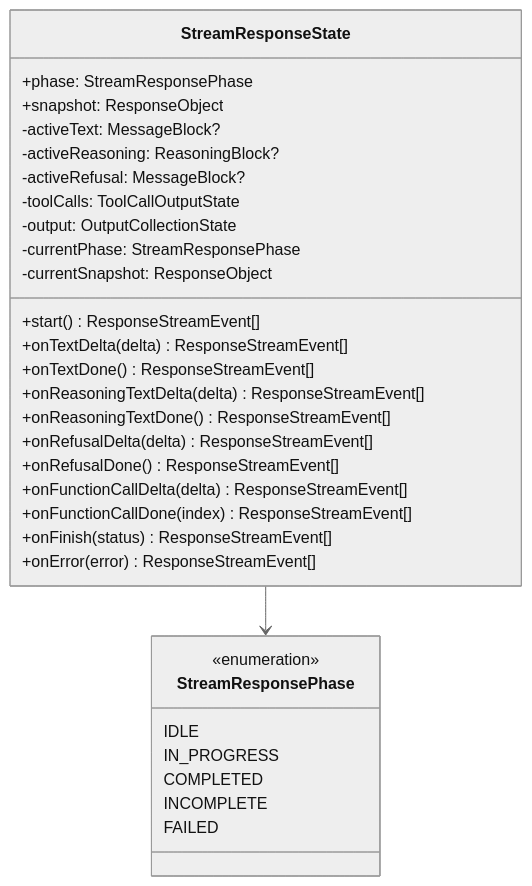
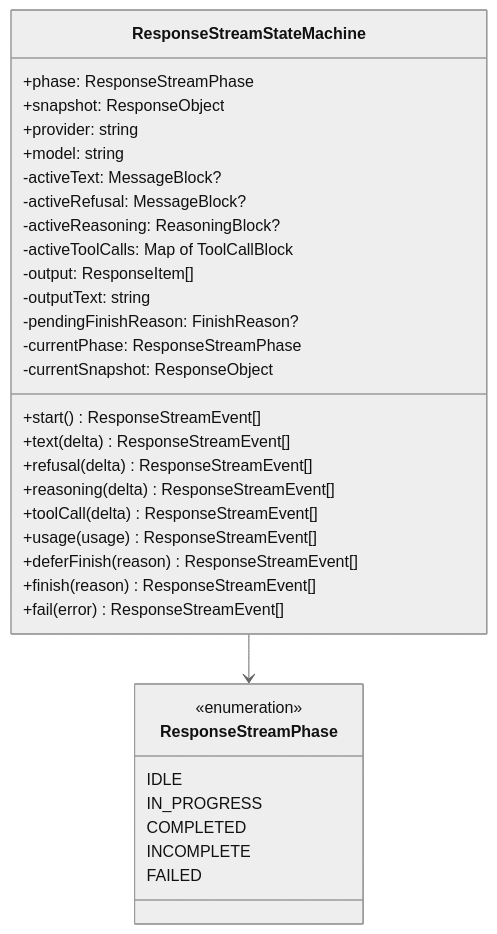
The diagram in wiki/05-streaming-pipeline/stream-state.md (zamelee/GodeX), drawn with Mermaid (neutral theme) before and after one commit. The commit also changed other lines of this file and 46 other files, not shown here.

````diff
--- a/wiki/05-streaming-pipeline/stream-state.md
+++ b/wiki/05-streaming-pipeline/stream-state.md
@@ -13,38 +13,40 @@
 ```mermaid
 classDiagram
   direction TB
 
-  class StreamResponseState {
-    +phase: StreamResponsePhase
+  class ResponseStreamStateMachine {
+    +phase: ResponseStreamPhase
     +snapshot: ResponseObject
+    +provider: string
+    +model: string
     +start() ResponseStreamEvent[]
-    +onTextDelta(delta) ResponseStreamEvent[]
-    +onTextDone() ResponseStreamEvent[]
-    +onReasoningTextDelta(delta) ResponseStreamEvent[]
-    +onReasoningTextDone() ResponseStreamEvent[]
-    +onRefusalDelta(delta) ResponseStreamEvent[]
-    +onRefusalDone() ResponseStreamEvent[]
-    +onFunctionCallDelta(delta) ResponseStreamEvent[]
-    +onFunctionCallDone(index) ResponseStreamEvent[]
-    +onFinish(status) ResponseStreamEvent[]
-    +onError(error) ResponseStreamEvent[]
+    +text(delta) ResponseStreamEvent[]
+    +refusal(delta) ResponseStreamEvent[]
+    +reasoning(delta) ResponseStreamEvent[]
+    +toolCall(delta) ResponseStreamEvent[]
+    +usage(usage) ResponseStreamEvent[]
+    +deferFinish(reason) ResponseStreamEvent[]
+    +finish(reason) ResponseStreamEvent[]
+    +fail(error) ResponseStreamEvent[]
     -activeText: MessageBlock?
+    -activeRefusal: MessageBlock?
     -activeReasoning: ReasoningBlock?
-    -activeRefusal: MessageBlock?
-    -toolCalls: ToolCallOutputState
-    -output: OutputCollectionState
-    -currentPhase: StreamResponsePhase
+    -activeToolCalls: Map of ToolCallBlock
+    -output: ResponseItem[]
+    -outputText: string
+    -pendingFinishReason: FinishReason?
+    -currentPhase: ResponseStreamPhase
     -currentSnapshot: ResponseObject
   }
 
-  class StreamResponsePhase {
+  class ResponseStreamPhase {
     <<enumeration>>
     IDLE
     IN_PROGRESS
     COMPLETED
     INCOMPLETE
     FAILED
   }
 
-  StreamResponseState --> StreamResponsePhase
+  ResponseStreamStateMachine --> ResponseStreamPhase
 ```
````
